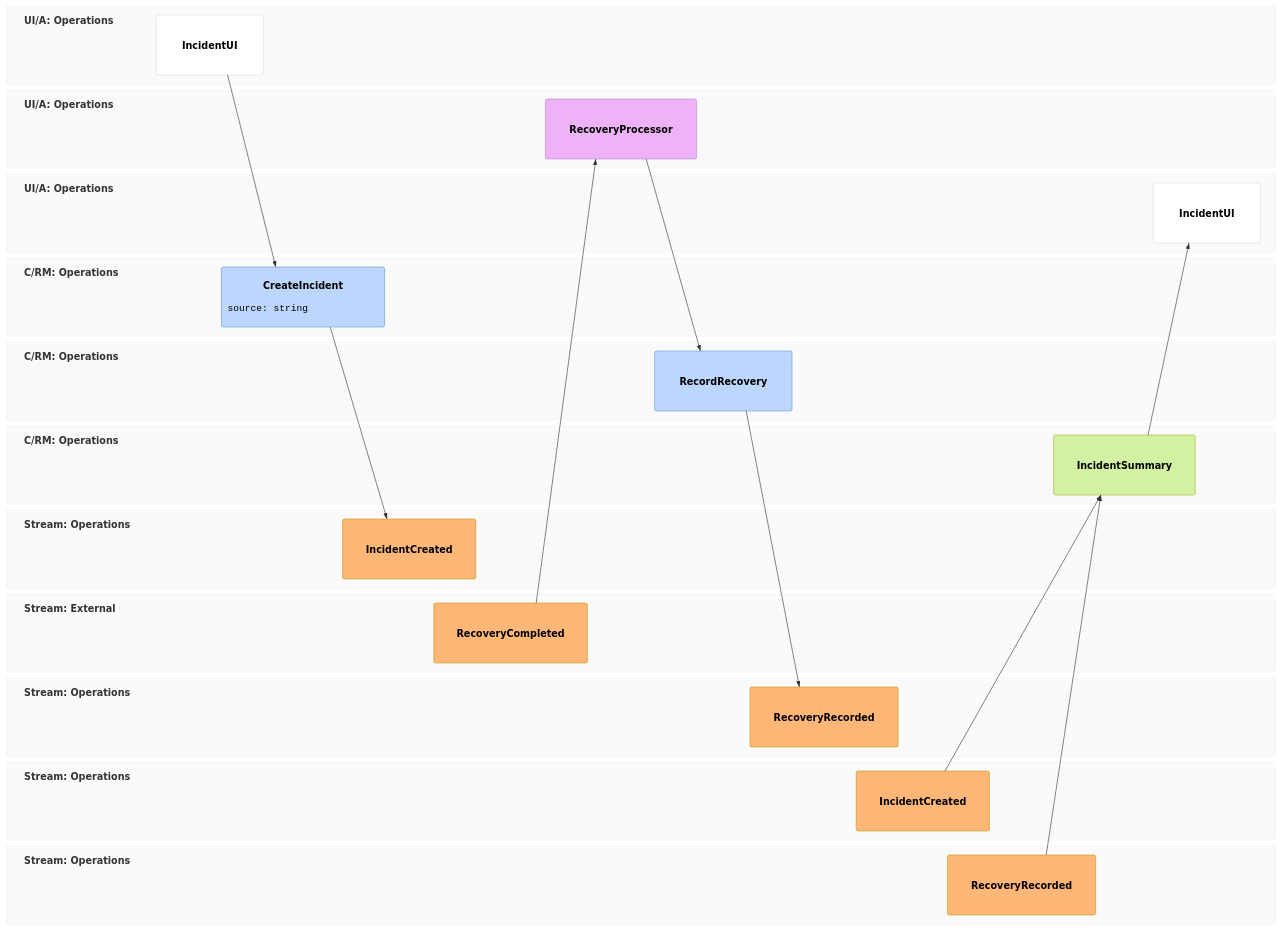
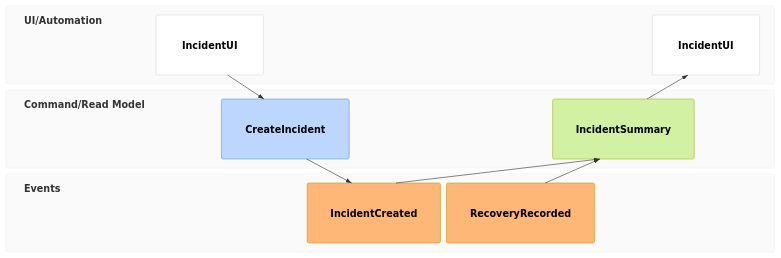
One commit to mols3131d/mols-agent-assets changed the second of 2 diagrams in src/rulesync/.rulesync/skills/mols-mermaid-diagram/references/examples/event-modeling.md. Above: the diagram before and after it, drawn with Mermaid. The commit also changed other lines of this file and 27 other files, not shown here.

Commit message:
docs(mermaid): diagram examples 단계별 고도화

````diff
--- a/src/rulesync/.rulesync/skills/mols-mermaid-diagram/references/examples/event-modeling.md
+++ b/src/rulesync/.rulesync/skills/mols-mermaid-diagram/references/examples/event-modeling.md
@@ -18,16 +42,10 @@
 ```mermaid
 eventmodeling
-    tf 01 ui Operations.IncidentUI
-    tf 02 cmd Operations.CreateIncident { source: string }
-    tf 03 evt Operations.IncidentCreated
+    tf 01 ui IncidentUI
+    tf 02 cmd CreateIncident
+    tf 03 evt IncidentCreated
 
-    rf 04 evt External.RecoveryCompleted
-    tf 05 pcr Operations.RecoveryProcessor
-    tf 06 cmd Operations.RecordRecovery
-    tf 07 evt Operations.RecoveryRecorded
-
-    rf 08 evt Operations.IncidentCreated
-    rf 09 evt Operations.RecoveryRecorded
-    tf 10 rmo Operations.IncidentSummary ->> 08 ->> 09
-    tf 11 ui Operations.IncidentUI
+    rf 04 evt RecoveryRecorded
+    tf 05 rmo IncidentSummary ->> 03 ->> 04
+    tf 06 ui IncidentUI ->> 05
 ```
````
